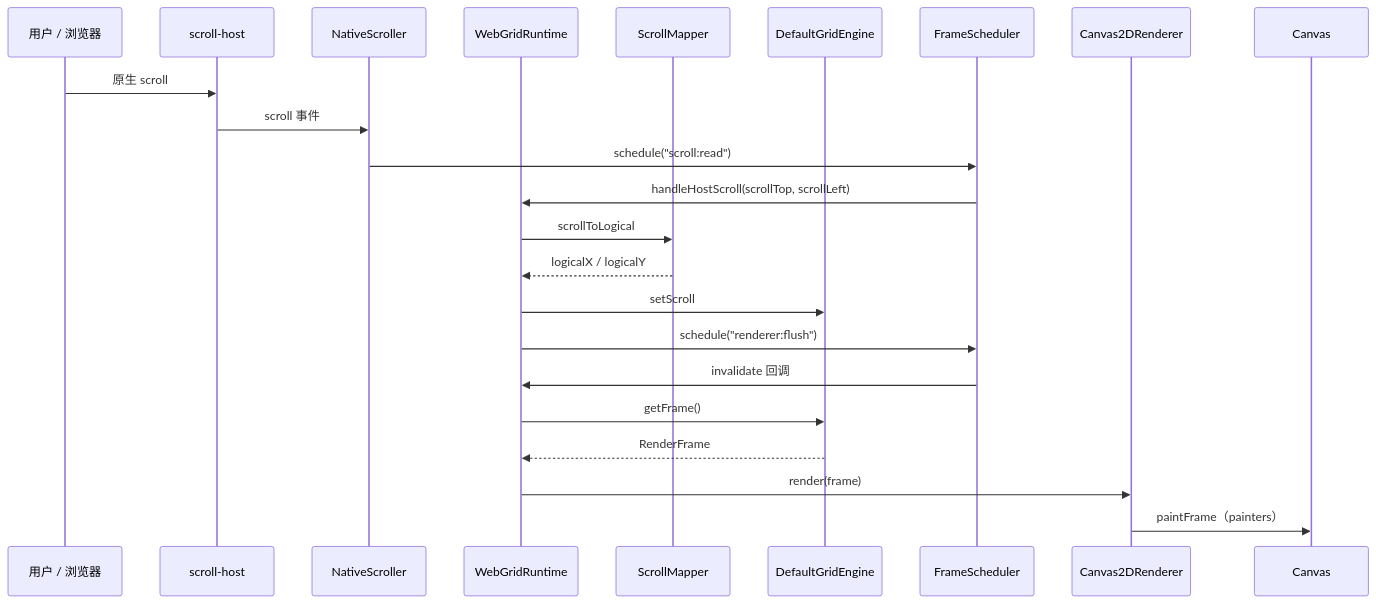
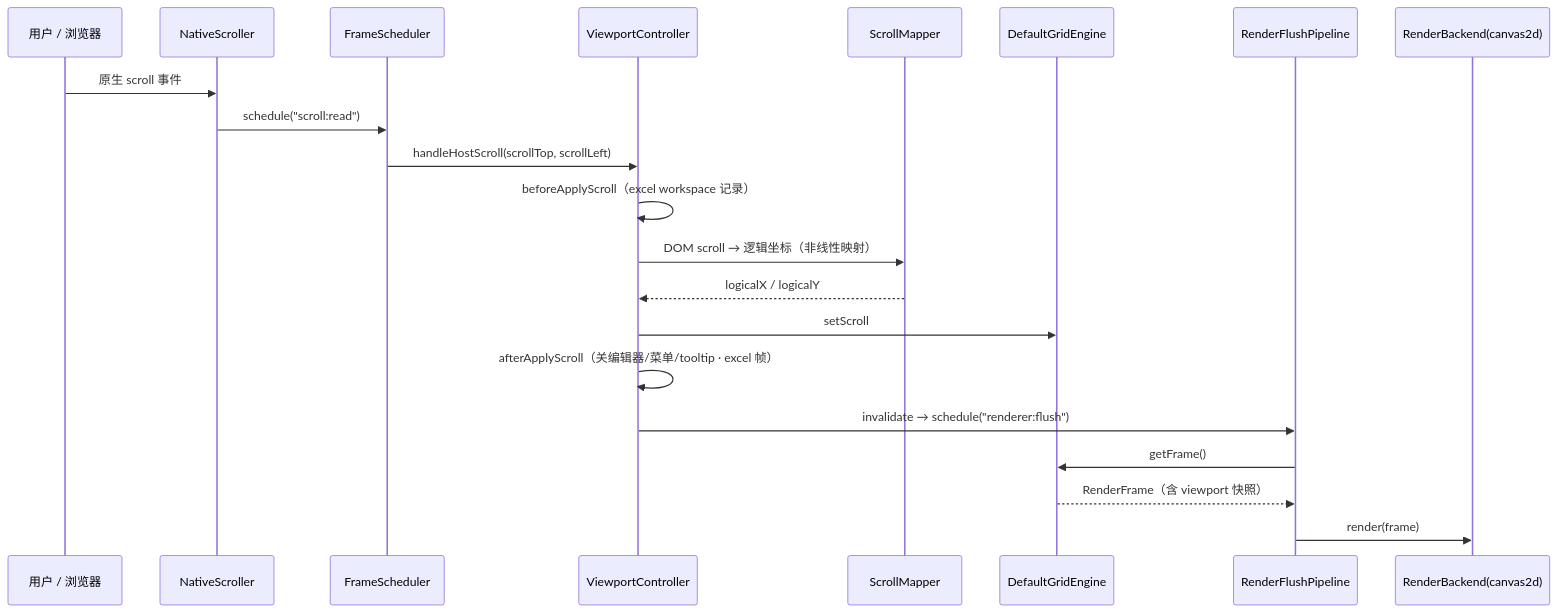
One commit to r1005410078/NovaSheet changed the third of 4 diagrams in docs/architecture.md. Above: the diagram before and after it, drawn with Mermaid. The commit also changed other lines of this file and 4 other files, not shown here.

First line of the commit message:
docs: 对齐根/core README 与 architecture.md 至当前代码结构

````diff
--- a/docs/architecture.md
+++ b/docs/architecture.md
@@ -103,26 +137,24 @@
 ```mermaid
 sequenceDiagram
   participant User as 用户 / 浏览器
-  participant SH as scroll-host
   participant NS as NativeScroller
-  participant RT as WebGridRuntime
+  participant FS as FrameScheduler
+  participant VC as ViewportController
   participant SM as ScrollMapper
   participant ENG as DefaultGridEngine
-  participant FS as FrameScheduler
-  participant R as Canvas2DRenderer
-  participant C as Canvas
+  participant FP as RenderFlushPipeline
+  participant R as RenderBackend(canvas2d)
 
-  User->>SH: 原生 scroll
-  SH->>NS: scroll 事件
+  User->>NS: 原生 scroll 事件
   NS->>FS: schedule("scroll:read")
-  FS->>RT: handleHostScroll(scrollTop, scrollLeft)
-  RT->>SM: scrollToLogical
-  SM-->>RT: logicalX / logicalY
-  RT->>ENG: setScroll
-  RT->>FS: schedule("renderer:flush")
-  FS->>RT: invalidate 回调
-  RT->>ENG: getFrame()
-  ENG-->>RT: RenderFrame
-  RT->>R: render(frame)
-  R->>C: paintFrame（painters）
+  FS->>VC: handleHostScroll(scrollTop, scrollLeft)
+  VC->>VC: beforeApplyScroll（excel workspace 记录）
+  VC->>SM: DOM scroll → 逻辑坐标（非线性映射）
+  SM-->>VC: logicalX / logicalY
+  VC->>ENG: setScroll
+  VC->>VC: afterApplyScroll（关编辑器/菜单/tooltip · excel 帧）
+  VC->>FP: invalidate → schedule("renderer:flush")
+  FP->>ENG: getFrame()
+  ENG-->>FP: RenderFrame（含 viewport 快照）
+  FP->>R: render(frame)
 ```
````
